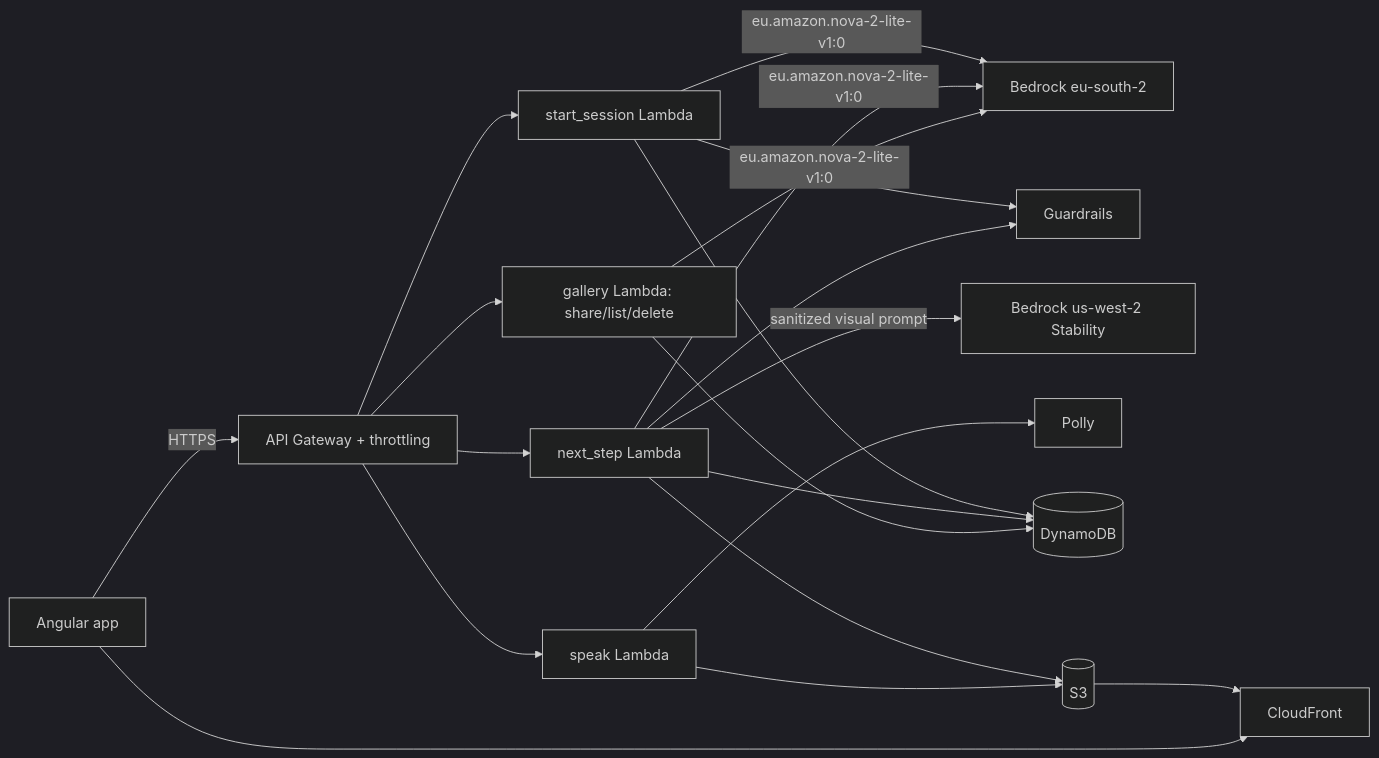
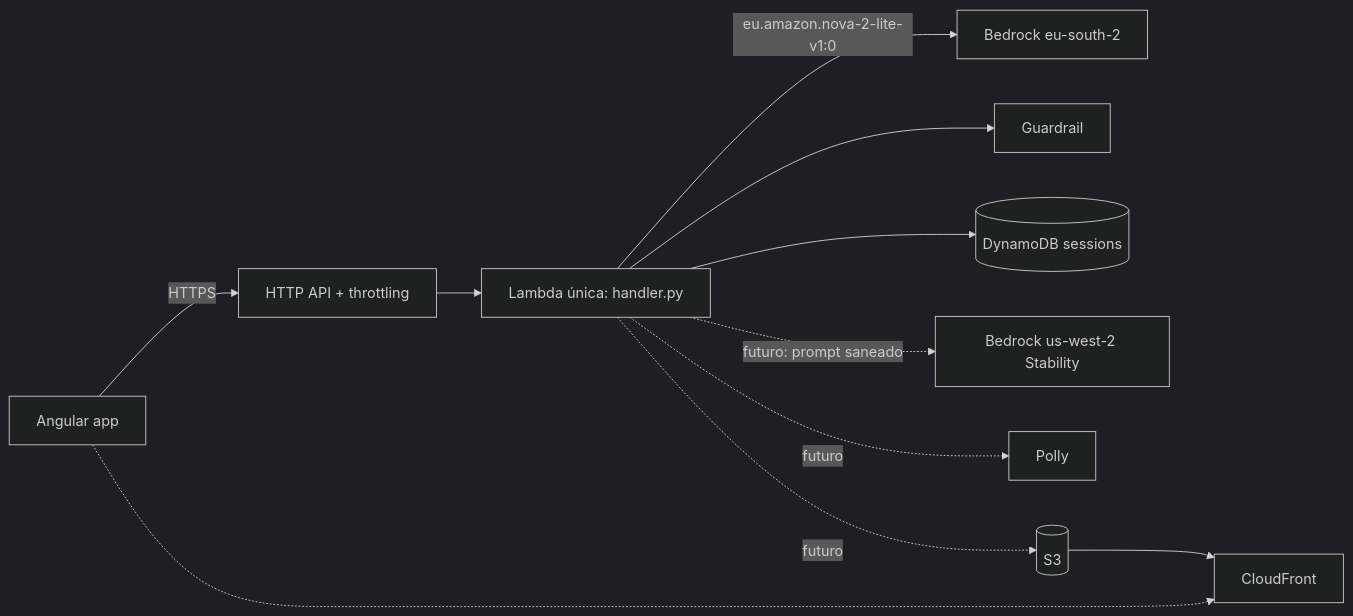
Before and after one commit to jllarreag/nightmare: the diagram in .kiro/specs/lucid/design.md, drawn with Mermaid (dark theme). The commit also changed other lines of this file and 2 other files, not shown here.

Commit message:
Rewrite technical document and spec for the simplified architecture

````diff
--- a/.kiro/specs/lucid/design.md
+++ b/.kiro/specs/lucid/design.md
@@ -5,16 +7,12 @@
 ```mermaid
 flowchart LR
-  U[Angular app] -->|HTTPS| APIGW[API Gateway + throttling]
-  APIGW --> L1[start_session Lambda]
-  APIGW --> L2[next_step Lambda]
-  APIGW --> L3[speak Lambda]
-  APIGW --> L4[gallery Lambda: share/list/delete]
-  L1 & L2 & L4 -->|eu.amazon.nova-2-lite-v1:0| BR[Bedrock eu-south-2]
-  L1 & L2 --> GR[Guardrails]
-  L2 -->|sanitized visual prompt| IMG[Bedrock us-west-2 Stability]
-  L3 --> POLLY[Polly]
-  L1 & L2 & L4 --> DDB[(DynamoDB)]
-  L2 & L3 --> S3[(S3)]
-  S3 --> CF[CloudFront]
-  U --> CF
+  U[Angular app] -->|HTTPS| APIGW[HTTP API + throttling]
+  APIGW --> L[Lambda única: handler.py]
+  L -->|eu.amazon.nova-2-lite-v1:0| BR[Bedrock eu-south-2]
+  L --> GR[Guardrail]
+  L --> DDB[(DynamoDB sessions)]
+  L -.->|futuro: prompt saneado| IMG[Bedrock us-west-2 Stability]
+  L -.->|futuro| POLLY[Polly]
+  L -.->|futuro| S3[(S3)] --> CF[CloudFront]
+  U -.-> CF
 ```
````
